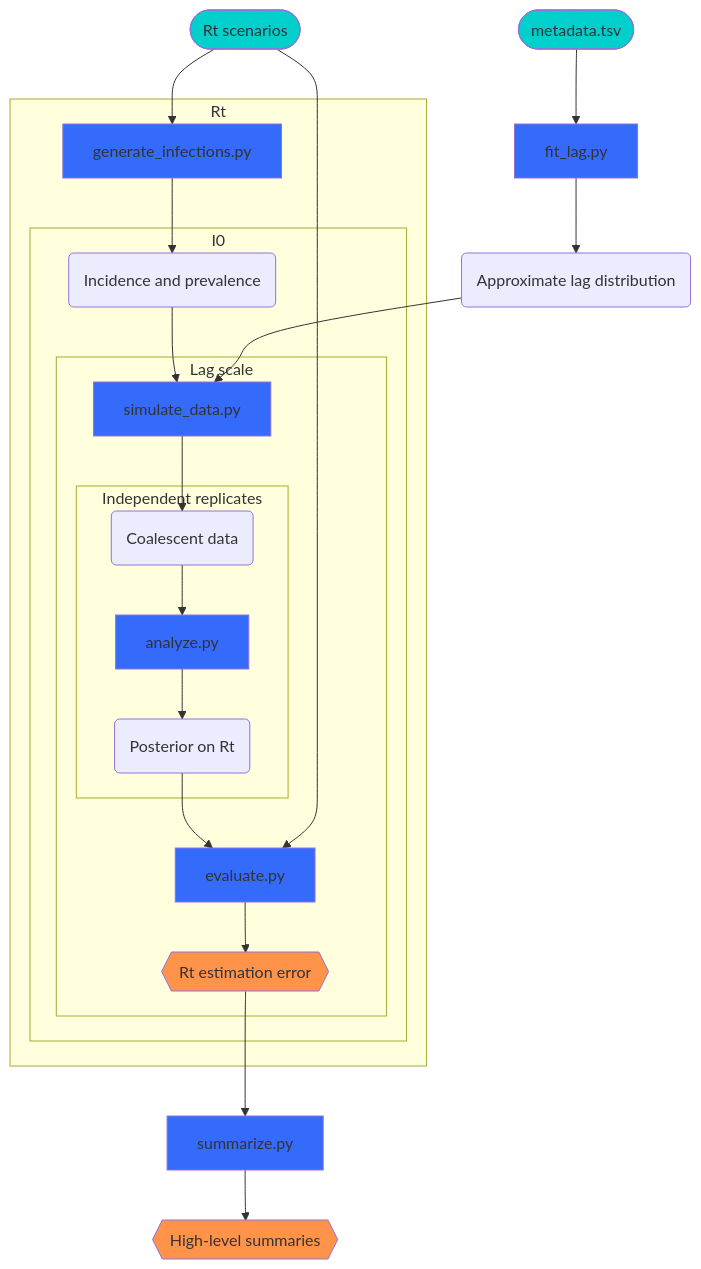
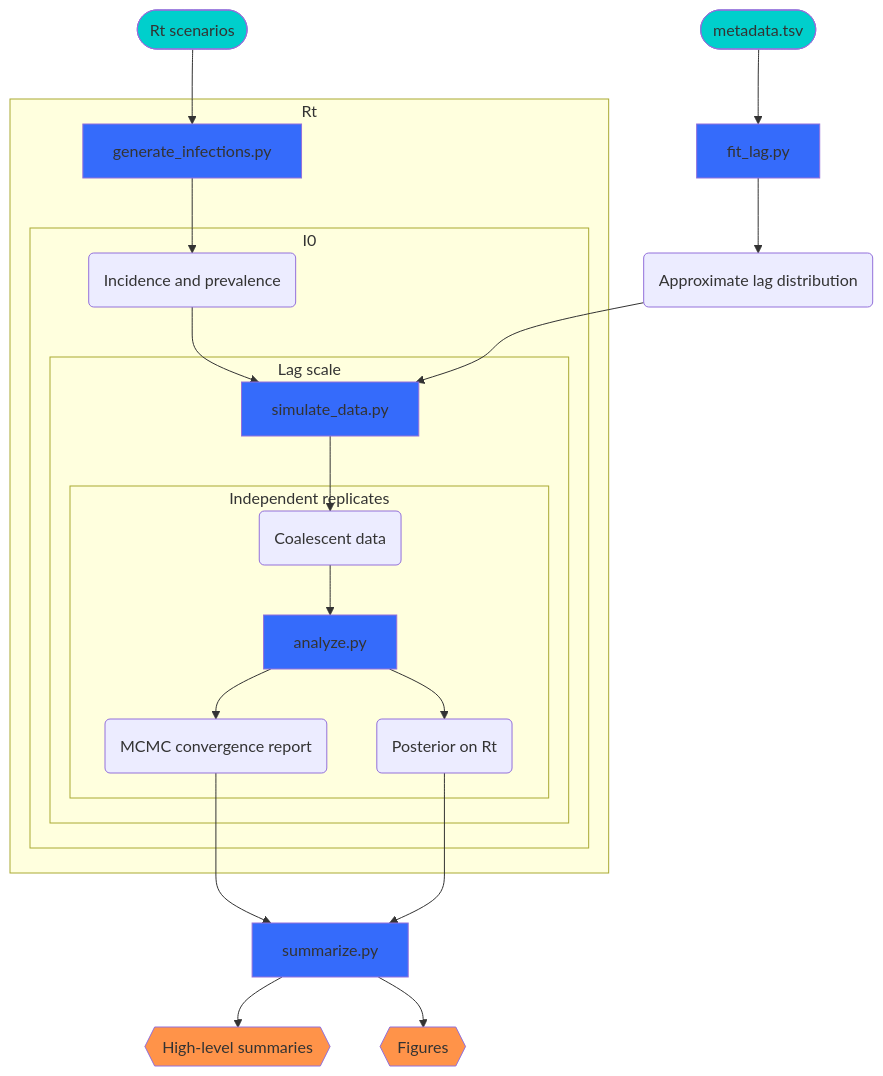
The diagram in README.md (CDCgov/cfa-genomic-lag-effect), drawn with Mermaid before and after one commit. The commit also changed 10 other files, not shown here.

````diff
--- a/README.md
+++ b/README.md
@@ -28,66 +28,66 @@
 ```mermaid
 
 flowchart TB
 
   nextstrain([metadata.tsv])
   all_rt_scenarios(["Rt scenarios"])
   do_fit_lag[fit_lag.py]
   approx_lag("Approximate lag distribution")
   do_summarize[summarize.py]
   summary{{High-level summaries}}
+  plots{{Figures}}
 
   subgraph Rt
     do_gen_inf[generate_infections.py]
 
     subgraph I0
       do_sim[simulate_data.py]
       infections("Incidence and prevalence")
-      error{{"Rt estimation error"}}
-      do_evaluate[evaluate.py]
 
       subgraph "Lag scale"
         subgraph "Independent replicates"
           do_analyze[analyze.py]
 
           coal_data("Coalescent data")
           posterior("Posterior on Rt")
+          convergence("MCMC convergence report")
 
           coal_data --> do_analyze
           do_analyze --> posterior
+          do_analyze --> convergence
 
         end
 
       do_sim --> coal_data
-      posterior --> do_evaluate
-      do_evaluate --> error
       end
 
     infections --> do_sim
     end
 
     do_gen_inf --> infections
   end
+  convergence --> do_summarize
+  posterior --> do_summarize
+  do_summarize --> summary
+  do_summarize --> plots
 
   nextstrain --> do_fit_lag
   do_fit_lag --> approx_lag
   approx_lag --> do_sim
   all_rt_scenarios --> do_gen_inf
-  all_rt_scenarios --> do_evaluate
-
-  error --> do_summarize --> summary
 
   class do_fit_lag script
   class nextstrain input
   class all_rt_scenarios input
   class do_gen_inf script
   class do_sim script
   class do_analyze script
-  class do_evaluate script
   class do_summarize script
   class error result
   class summary result
+  class plots result
 
   classDef input fill: #00cfcc
   classDef script fill: #356bfb
   classDef result fill: #ff9349
 ```
````
